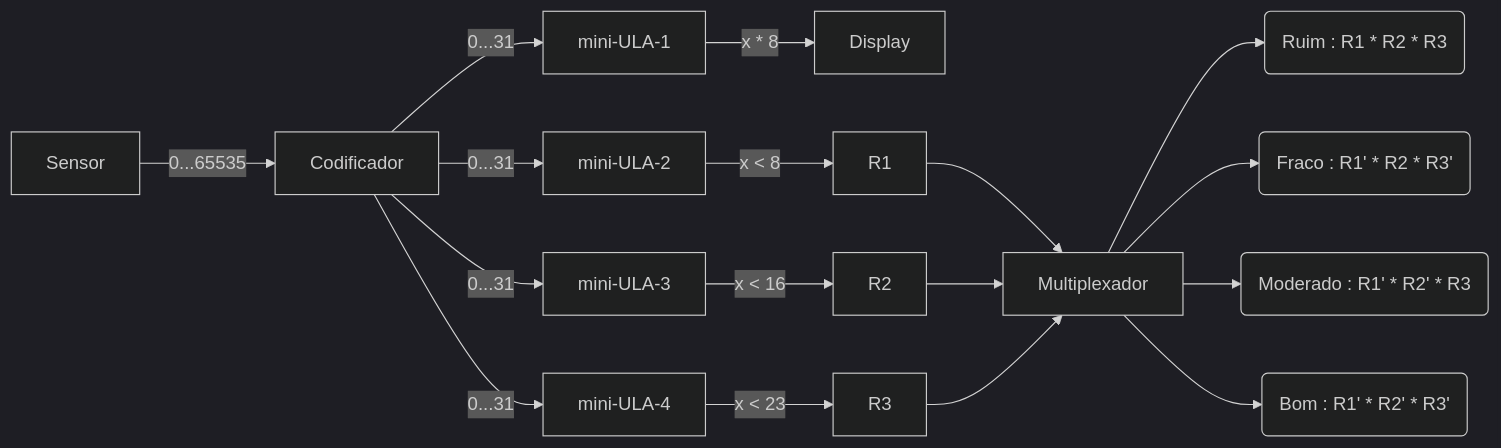
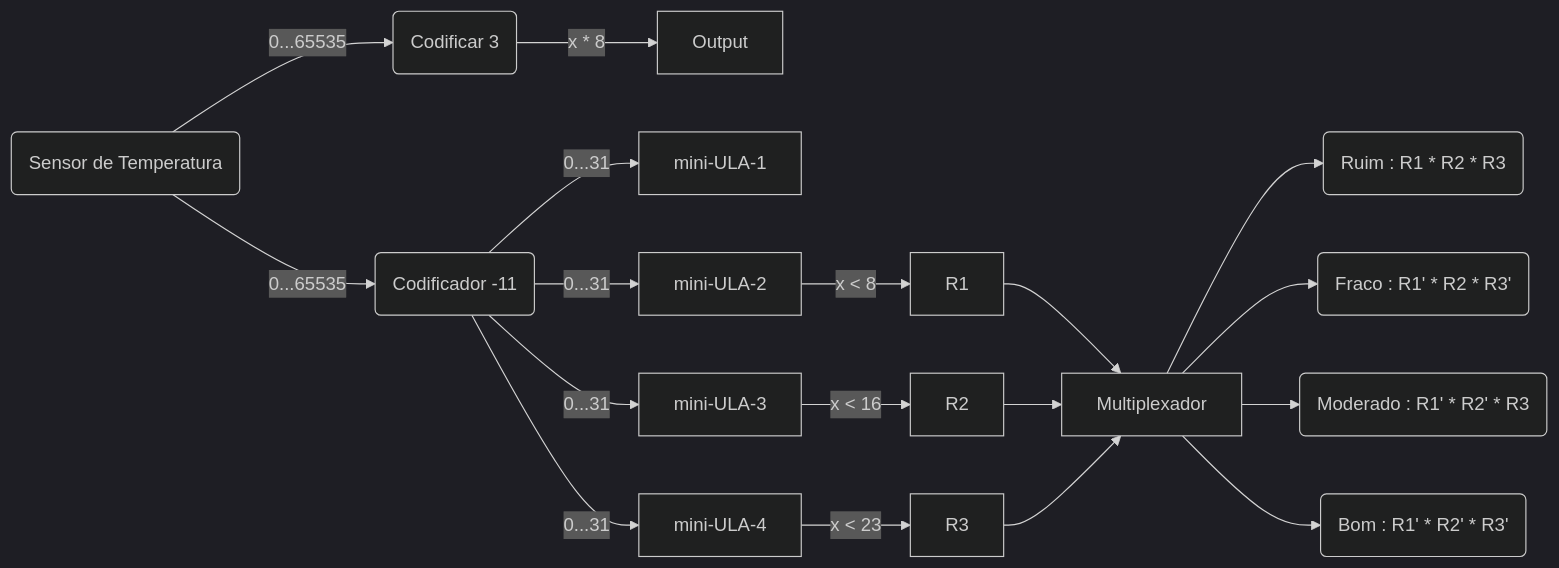
One commit to Enzo0100/Solar-Quality changed the diagram in README.md. Above: the diagram before and after it, drawn with Mermaid (dark theme). The commit also changed other lines of this file, not shown here.

````diff
--- a/README.md
+++ b/README.md
@@ -56,20 +56,20 @@
 ```mermaid
-
 graph LR; 
-    Sensor-->|0...65535|Codificador;
-    Codificador-->|0...31|mini-ULA-1
-    Codificador-->|0...31|mini-ULA-2
-    Codificador-->|0...31|mini-ULA-3
-    Codificador-->|0...31|mini-ULA-4
-    mini-ULA-1-->|x * 8|Display
+    sensor(Sensor de Temperatura)-->|0...65535|cod2(Codificador -11);
+    sensor(Sensor de Temperatura)-->|0...65535|cod(Codificar 3)
+    cod(Codificar 3)-->|x * 8|Output
+    cod2(Codificador -11)-->|0...31|mini-ULA-1
+    cod2(Codificador -11)-->|0...31|mini-ULA-2
+    cod2(Codificador -11)-->|0...31|mini-ULA-3
+    cod2(Codificador -11)-->|0...31|mini-ULA-4
     mini-ULA-2-->|x < 8|R1
     mini-ULA-3-->|x < 16|R2
     mini-ULA-4-->|x < 23|R3
     R1-->Multiplexador
     R2-->Multiplexador
     R3-->Multiplexador
     Multiplexador-->Ruim(Ruim : R1 * R2 * R3)
     Multiplexador-->Fraco(Fraco : R1' * R2 * R3')
     Multiplexador-->Moderado(Moderado : R1' * R2' * R3)
     Multiplexador-->Bom(Bom : R1' * R2' * R3')
 ```
````
